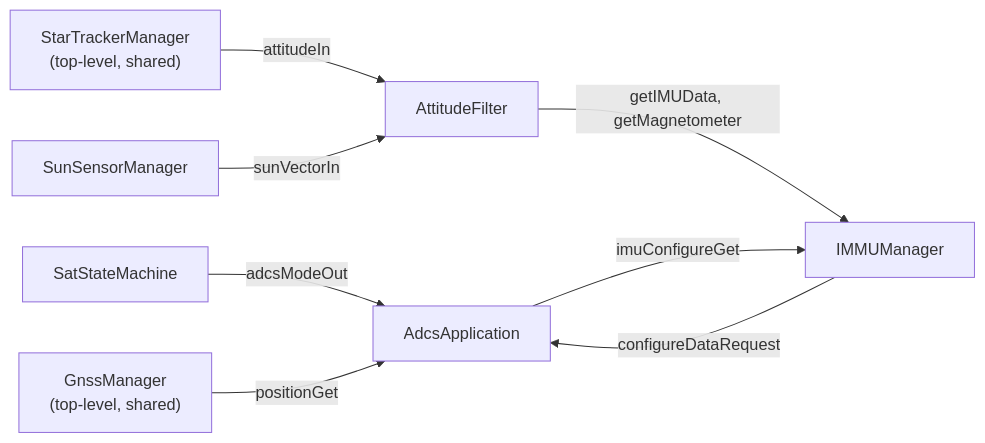
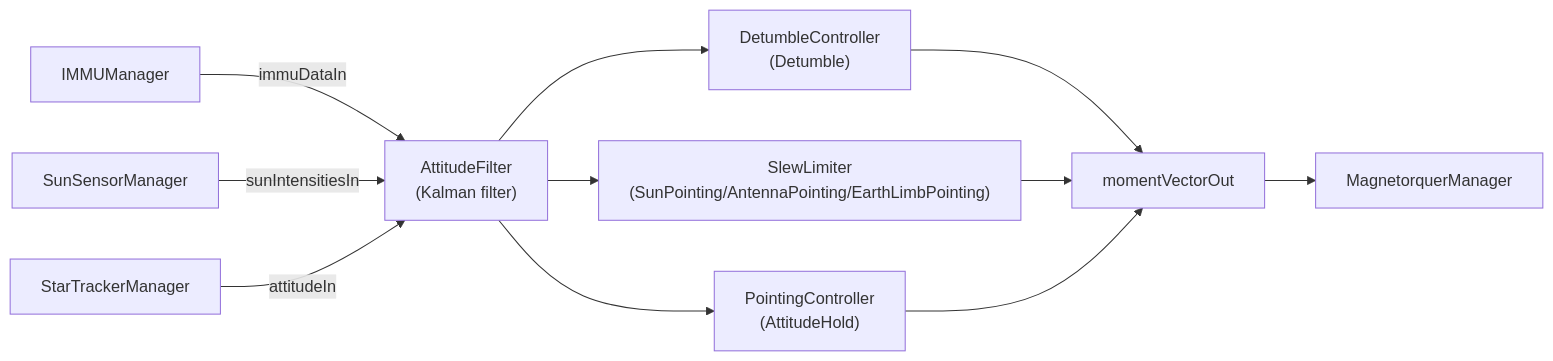
Before and after one commit to UWCubeSat/hs2-software-design: the diagram in docs/Adcs/AdcsApplication.md, drawn with Mermaid. The commit also changed other lines of this file and 6 other files, not shown here.

Commit message:
docs: moved algos into adcsapp, wrote up kalman filter base, added suptopology diagram

````diff
--- a/docs/Adcs/AdcsApplication.md
+++ b/docs/Adcs/AdcsApplication.md
@@ -147,10 +184,13 @@
 ```mermaid
 flowchart LR
-    SSM["SatStateMachine"] -->|adcsModeOut| App["AdcsApplication"]
-    Gnss["GnssManager<br/>(top-level, shared)"] -->|positionGet| App
-    StarTracker["StarTrackerManager<br/>(top-level, shared)"] -->|attitudeIn| Filter["AttitudeFilter"]
-    Filter -->|getIMUData, getMagnetometer| Imu["IMMUManager"]
-    Sun["SunSensorManager"] -->|sunVectorIn| Filter
-    Imu -->|configureDataRequest| App
-    App -->|imuConfigureGet| Imu
+    Imu["IMMUManager"] -->|immuDataIn| AF
+    Sun["SunSensorManager"] -->|sunIntensitiesIn| AF
+    Star["StarTrackerManager"] -->|attitudeIn| AF
+    AF["AttitudeFilter<br/>(Kalman filter)"] --> DC["DetumbleController<br/>(Detumble)"]
+    AF --> SL["SlewLimiter<br/>(SunPointing/AntennaPointing/EarthLimbPointing)"]
+    AF --> PC["PointingController<br/>(AttitudeHold)"]
+    DC --> Out["momentVectorOut"]
+    SL --> Out
+    PC --> Out
+    Out --> Mtq["MagnetorquerManager"]
 ```
````
